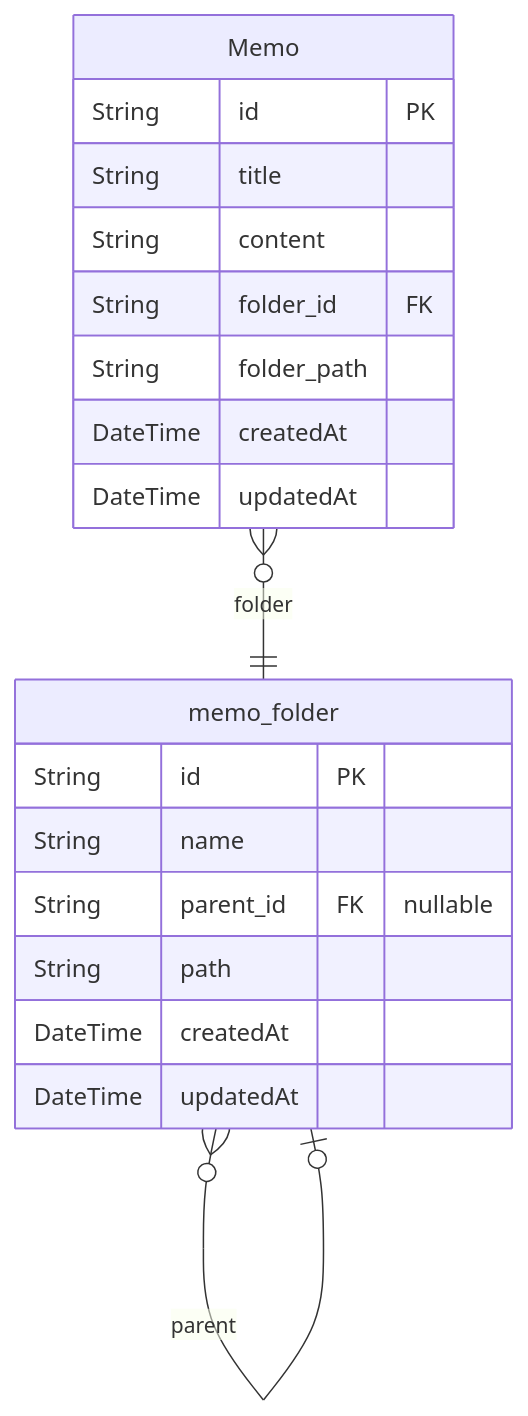
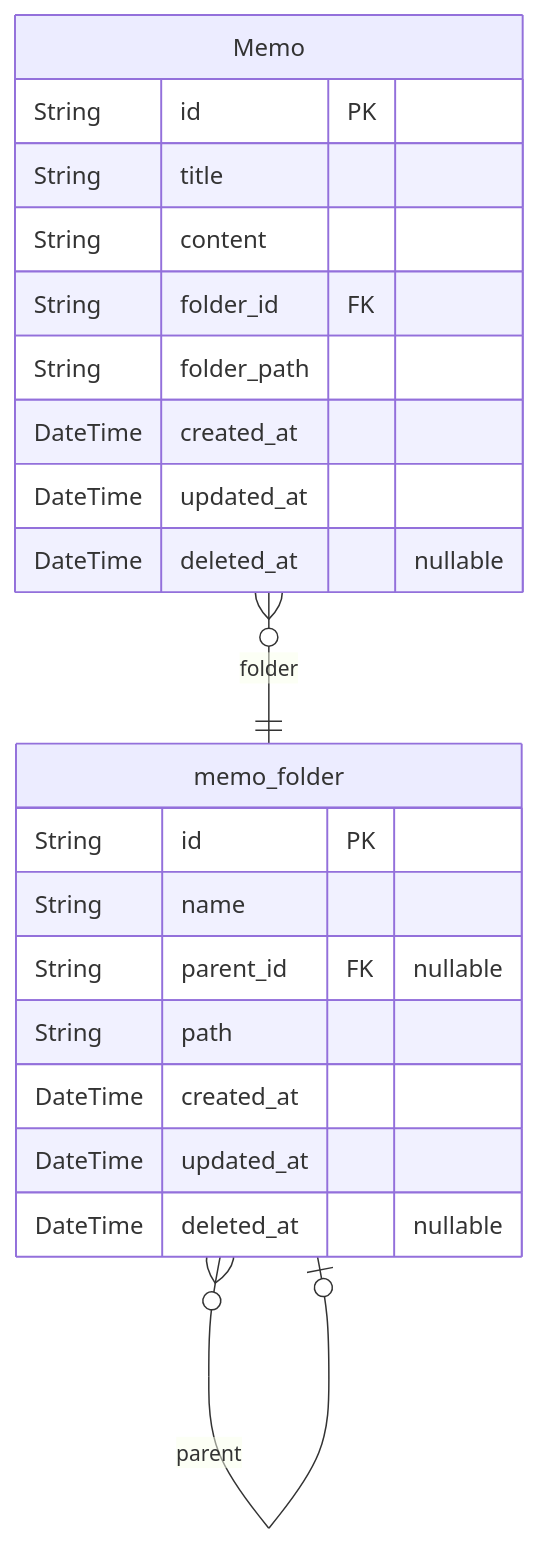
The first of 2 diagrams in prisma/schema/ERD.md (imkdw/imkdw-dev-server), drawn with Mermaid before and after one commit. The commit also changed other lines of this file and 35 other files, not shown here.

````diff
--- a/prisma/schema/ERD.md
+++ b/prisma/schema/ERD.md
@@ -9,22 +9,24 @@
 ```mermaid
 erDiagram
 "memo_folder" {
   String id PK
   String name
   String parent_id FK "nullable"
   String path
-  DateTime createdAt
-  DateTime updatedAt
+  DateTime created_at
+  DateTime updated_at
+  DateTime deleted_at "nullable"
 }
 "Memo" {
   String id PK
   String title
   String content
   String folder_id FK
   String folder_path
-  DateTime createdAt
-  DateTime updatedAt
+  DateTime created_at
+  DateTime updated_at
+  DateTime deleted_at "nullable"
 }
 "memo_folder" }o--o| "memo_folder" : parent
 "Memo" }o--|| "memo_folder" : folder
 ```
````
